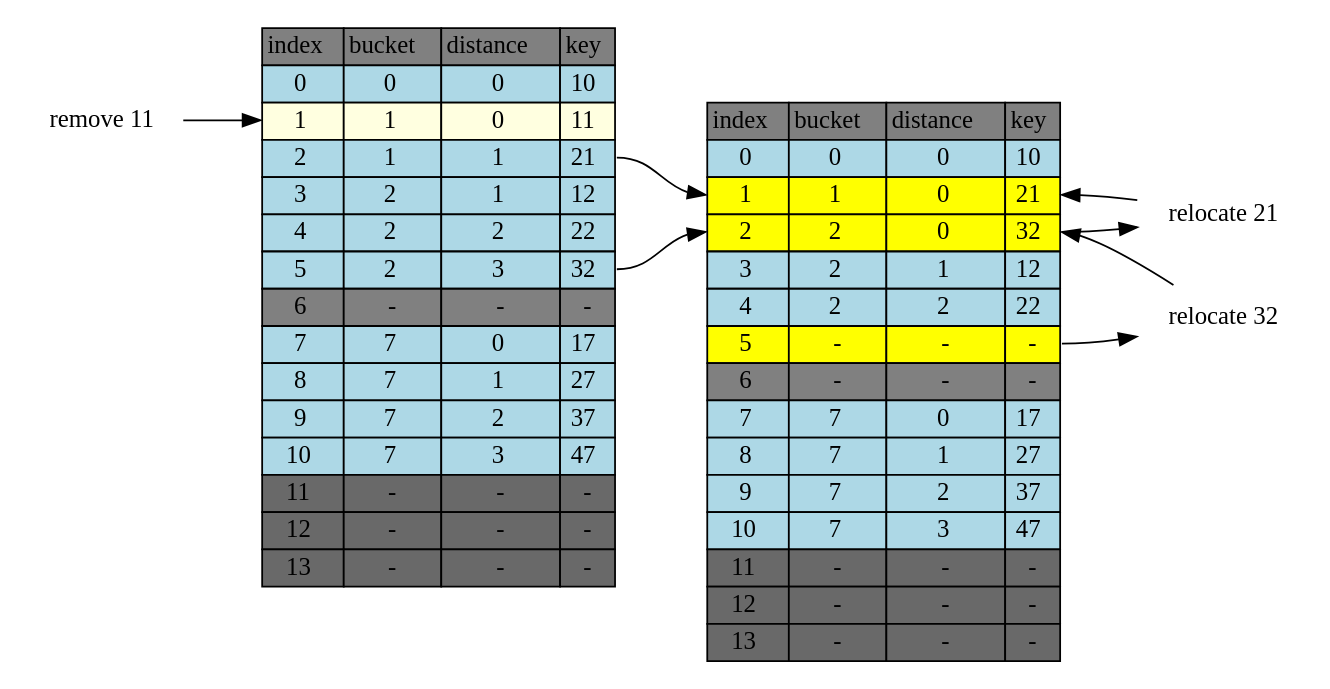
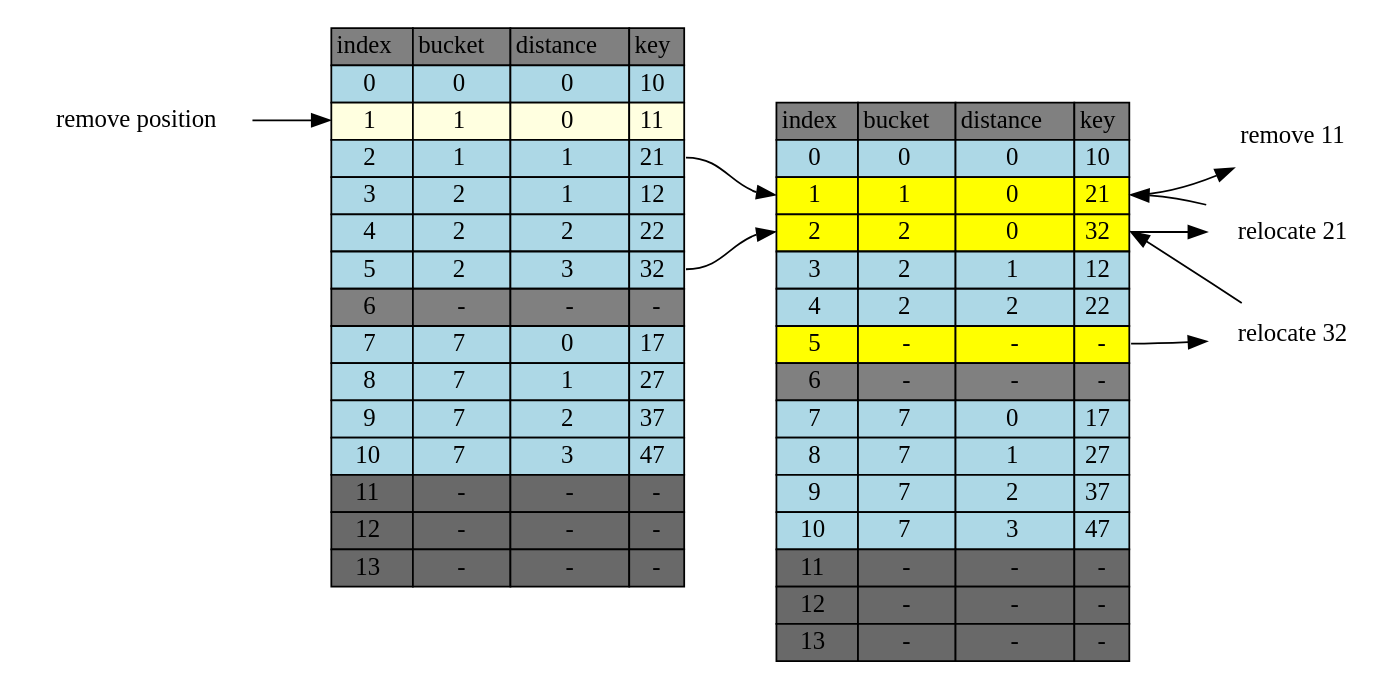
One commit to jasonlue/digest changed the diagram in hashing/cluster-remove-11.dot. Above: the diagram before and after it, drawn with Graphviz. The commit also changed 5 other files, not shown here.

```diff
--- a/hashing/cluster-remove-11.dot
+++ b/hashing/cluster-remove-11.dot
@@ -1,199 +1,200 @@
 digraph table{
     rankdir=LR
     node[shape=plaintext]
 
     table[label=<
         <TABLE BORDER="0" CELLBORDER="1" CELLSPACING="0">
             <TR>
                 <TD BGCOLOR="grey">index</TD>
                 <TD BGCOLOR="grey">bucket</TD>
                 <TD BGCOLOR="grey">distance</TD>
                 <TD BGCOLOR="grey">key</TD>
             </TR>           
             <TR>
                 <TD BGCOLOR="lightblue" PORT="i0">0</TD>
                 <TD BGCOLOR="lightblue">0</TD>
                 <TD BGCOLOR="lightblue">0</TD>
                 <TD BGCOLOR="lightblue" PORT="k0">10</TD>
             </TR>           
             <TR>
                 <TD BGCOLOR="lightyellow" PORT="i1">1</TD>
                 <TD BGCOLOR="lightyellow">1</TD>
                 <TD BGCOLOR="lightyellow">0</TD>
                 <TD BGCOLOR="lightyellow" PORT="k1">11</TD>
             </TR>           
             <TR>
                 <TD BGCOLOR="lightblue" PORT="i2">2</TD>
                 <TD BGCOLOR="lightblue">1</TD>
                 <TD BGCOLOR="lightblue">1</TD>
                 <TD BGCOLOR="lightblue" PORT="k2">21</TD>
             </TR>           
             <TR>
                 <TD BGCOLOR="lightblue" PORT="i3">3</TD>
                 <TD BGCOLOR="lightblue">2</TD>
                 <TD BGCOLOR="lightblue">1</TD>
                 <TD BGCOLOR="lightblue" PORT="k3">12</TD>
             </TR>           
             <TR>
                 <TD BGCOLOR="lightblue" PORT="i4">4</TD>
                 <TD BGCOLOR="lightblue">2</TD>
                 <TD BGCOLOR="lightblue">2</TD>
                 <TD BGCOLOR="lightblue" PORT="k4">22</TD>
             </TR>           
             <TR>
                 <TD BGCOLOR="lightblue" PORT="i5">5</TD>
                 <TD BGCOLOR="lightblue">2</TD>
                 <TD BGCOLOR="lightblue">3</TD>
                 <TD BGCOLOR="lightblue" PORT="k5">32</TD>
             </TR>
             <TR>
                 <TD BGCOLOR="grey" PORT="i6">6</TD>
                 <TD BGCOLOR="grey">-</TD>
                 <TD BGCOLOR="grey">-</TD>
                 <TD BGCOLOR="grey" PORT="k6">-</TD> 
             </TR>           
             <TR>
                 <TD BGCOLOR="lightblue" PORT="i7">7</TD>
                 <TD BGCOLOR="lightblue">7</TD>
                 <TD BGCOLOR="lightblue">0</TD>
                 <TD BGCOLOR="lightblue" PORT="k7">17</TD>
             </TR>           
             <TR>
                 <TD BGCOLOR="lightblue" PORT="i8">8</TD>
                 <TD BGCOLOR="lightblue">7</TD>
                 <TD BGCOLOR="lightblue">1</TD>
                 <TD BGCOLOR="lightblue" PORT="k8">27</TD>
             </TR>           
             <TR>
                 <TD BGCOLOR="lightblue" PORT="i9">9</TD>
                 <TD BGCOLOR="lightblue">7</TD>
                 <TD BGCOLOR="lightblue">2</TD>
                 <TD BGCOLOR="lightblue" PORT="k9">37</TD>
             </TR>           
             <TR>
                 <TD BGCOLOR="lightblue" PORT="i10">10</TD>
                 <TD BGCOLOR="lightblue">7</TD>
                 <TD BGCOLOR="lightblue">3</TD>
                 <TD BGCOLOR="lightblue" PORT="k10">47</TD>
             </TR>           
             <TR>
                 <TD BGCOLOR="dimgrey" PORT="i11">11</TD>
                 <TD BGCOLOR="dimgrey">-</TD>
                 <TD BGCOLOR="dimgrey">-</TD>
                 <TD BGCOLOR="dimgrey" PORT="k11">-</TD>
             </TR>           
             <TR>
                 <TD BGCOLOR="dimgrey" PORT="i12">12</TD>
                 <TD BGCOLOR="dimgrey">-</TD>
                 <TD BGCOLOR="dimgrey">-</TD>
                 <TD BGCOLOR="dimgrey" PORT="k12">-</TD>
             </TR>           
             <TR>
                 <TD BGCOLOR="dimgrey" PORT="i13">13</TD>
                 <TD BGCOLOR="dimgrey">-</TD>
                 <TD BGCOLOR="dimgrey">-</TD>
                 <TD BGCOLOR="dimgrey" PORT="k13">-</TD>
             </TR>           
         </TABLE>
     >]
      table2[label=<
         <TABLE BORDER="0" CELLBORDER="1" CELLSPACING="0">
             <TR>
                 <TD BGCOLOR="grey">index</TD>
                 <TD BGCOLOR="grey">bucket</TD>
                 <TD BGCOLOR="grey">distance</TD>
                 <TD BGCOLOR="grey">key</TD>
             </TR>           
             <TR>
                 <TD BGCOLOR="lightblue" PORT="i0">0</TD>
                 <TD BGCOLOR="lightblue">0</TD>
                 <TD BGCOLOR="lightblue">0</TD>
                 <TD BGCOLOR="lightblue" PORT="k0">10</TD>
             </TR>           
             <TR>
                 <TD BGCOLOR="yellow" PORT="i1">1</TD>
                 <TD BGCOLOR="yellow">1</TD>
                 <TD BGCOLOR="yellow">0</TD>
                 <TD BGCOLOR="yellow" PORT="k1">21</TD>
             </TR>           
             <TR>
                 <TD BGCOLOR="yellow" PORT="i2">2</TD>
                 <TD BGCOLOR="yellow">2</TD>
                 <TD BGCOLOR="yellow">0</TD>
                 <TD BGCOLOR="yellow" PORT="k2">32</TD>
             </TR>           
             <TR>
                 <TD BGCOLOR="lightblue" PORT="i3">3</TD>
                 <TD BGCOLOR="lightblue">2</TD>
                 <TD BGCOLOR="lightblue">1</TD>
                 <TD BGCOLOR="lightblue" PORT="k3">12</TD>
             </TR>           
             <TR>
                 <TD BGCOLOR="lightblue" PORT="i4">4</TD>
                 <TD BGCOLOR="lightblue">2</TD>
                 <TD BGCOLOR="lightblue">2</TD>
                 <TD BGCOLOR="lightblue" PORT="k4">22</TD>
             </TR>           
             <TR>
                 <TD BGCOLOR="yellow" PORT="i5">5</TD>
                 <TD BGCOLOR="yellow">-</TD>
                 <TD BGCOLOR="yellow">-</TD>
                 <TD BGCOLOR="yellow" PORT="k5">-</TD>
             </TR>
             <TR>
                 <TD BGCOLOR="grey" PORT="i6">6</TD>
                 <TD BGCOLOR="grey">-</TD>
                 <TD BGCOLOR="grey">-</TD>
                 <TD BGCOLOR="grey" PORT="k6">-</TD> 
             </TR>           
             <TR>
                 <TD BGCOLOR="lightblue" PORT="i7">7</TD>
                 <TD BGCOLOR="lightblue">7</TD>
                 <TD BGCOLOR="lightblue">0</TD>
                 <TD BGCOLOR="lightblue" PORT="k7">17</TD>
             </TR>           
             <TR>
                 <TD BGCOLOR="lightblue" PORT="i8">8</TD>
                 <TD BGCOLOR="lightblue">7</TD>
                 <TD BGCOLOR="lightblue">1</TD>
                 <TD BGCOLOR="lightblue" PORT="k8">27</TD>
             </TR>           
             <TR>
                 <TD BGCOLOR="lightblue" PORT="i9">9</TD>
                 <TD BGCOLOR="lightblue">7</TD>
                 <TD BGCOLOR="lightblue">2</TD>
                 <TD BGCOLOR="lightblue" PORT="k9">37</TD>
             </TR>           
             <TR>
                 <TD BGCOLOR="lightblue" PORT="i10">10</TD>
                 <TD BGCOLOR="lightblue">7</TD>
                 <TD BGCOLOR="lightblue">3</TD>
                 <TD BGCOLOR="lightblue" PORT="k10">47</TD>
             </TR>           
             <TR>
                 <TD BGCOLOR="dimgrey" PORT="i11">11</TD>
                 <TD BGCOLOR="dimgrey">-</TD>
                 <TD BGCOLOR="dimgrey">-</TD>
                 <TD BGCOLOR="dimgrey" PORT="k11">-</TD>
             </TR>           
             <TR>
                 <TD BGCOLOR="dimgrey" PORT="i12">12</TD>
                 <TD BGCOLOR="dimgrey">-</TD>
                 <TD BGCOLOR="dimgrey">-</TD>
                 <TD BGCOLOR="dimgrey" PORT="k12">-</TD>
             </TR>           
             <TR>
                 <TD BGCOLOR="dimgrey" PORT="i13">13</TD>
                 <TD BGCOLOR="dimgrey">-</TD>
                 <TD BGCOLOR="dimgrey">-</TD>
                 <TD BGCOLOR="dimgrey" PORT="k13">-</TD>
             </TR>           
         </TABLE>
     >]
 
- "remove 11" -> table:i1
+ "remove position" -> table:i1
+ table2:k1->" remove 11"
  table2:k2->"relocate 21"->table2:k1
  table2:k5->"relocate 32"->table2:k2
  table:k2->table2:i1
  table:k5->table2:i2
 }
```
